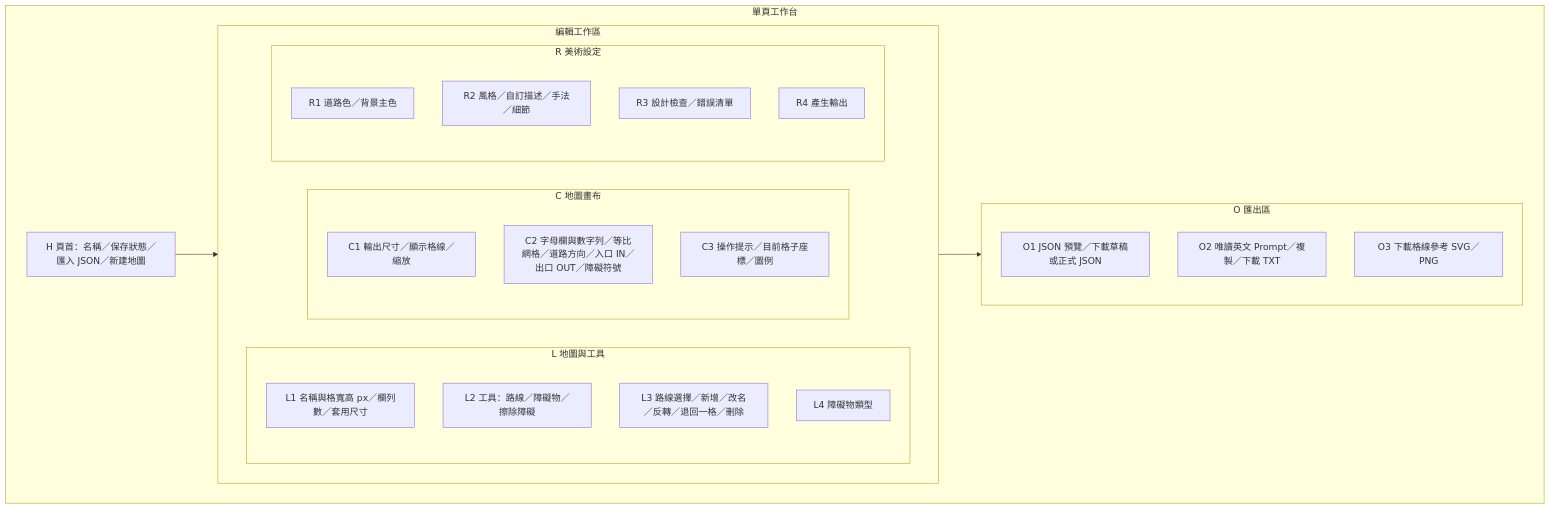
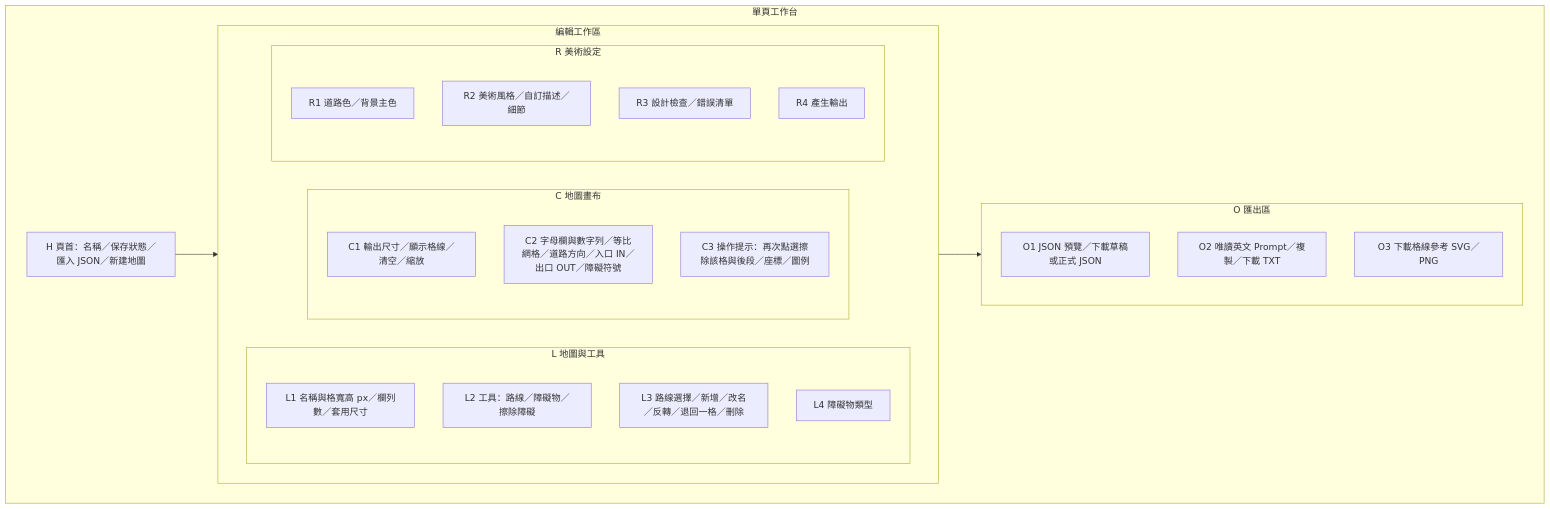
The first of 7 diagrams in docs/SPEC.md (weimowang/tdmapcreate), drawn with Mermaid before and after one commit. The commit also changed other lines of this file and 6 other files, not shown here.

````diff
--- a/docs/SPEC.md
+++ b/docs/SPEC.md
@@ -33,32 +33,32 @@
 ```mermaid
 flowchart TB
   subgraph Page[單頁工作台]
     Header[H 頁首：名稱／保存狀態／匯入 JSON／新建地圖]
     subgraph Workspace[編輯工作區]
       direction LR
       subgraph Left[L 地圖與工具]
         L1[L1 名稱與格寬高 px／欄列數／套用尺寸]
         L2[L2 工具：路線／障礙物／擦除障礙]
         L3[L3 路線選擇／新增／改名／反轉／退回一格／刪除]
         L4[L4 障礙物類型]
       end
       subgraph Center[C 地圖畫布]
-        C1[C1 輸出尺寸／顯示格線／縮放]
+        C1[C1 輸出尺寸／顯示格線／清空／縮放]
         C2[C2 字母欄與數字列／等比網格／道路方向／入口 IN／出口 OUT／障礙符號]
-        C3[C3 操作提示／目前格子座標／圖例]
+        C3[C3 操作提示：再次點選擦除該格與後段／座標／圖例]
       end
       subgraph Right[R 美術設定]
         R1[R1 道路色／背景主色]
-        R2[R2 風格／自訂描述／手法／細節]
+        R2[R2 美術風格／自訂描述／細節]
         R3[R3 設計檢查／錯誤清單]
         R4[R4 產生輸出]
       end
     end
     subgraph Output[O 匯出區]
       O1[O1 JSON 預覽／下載草稿或正式 JSON]
       O2[O2 唯讀英文 Prompt／複製／下載 TXT]
       O3[O3 下載格線參考 SVG／PNG]
     end
   end
   Header --> Workspace --> Output
 ```
````
